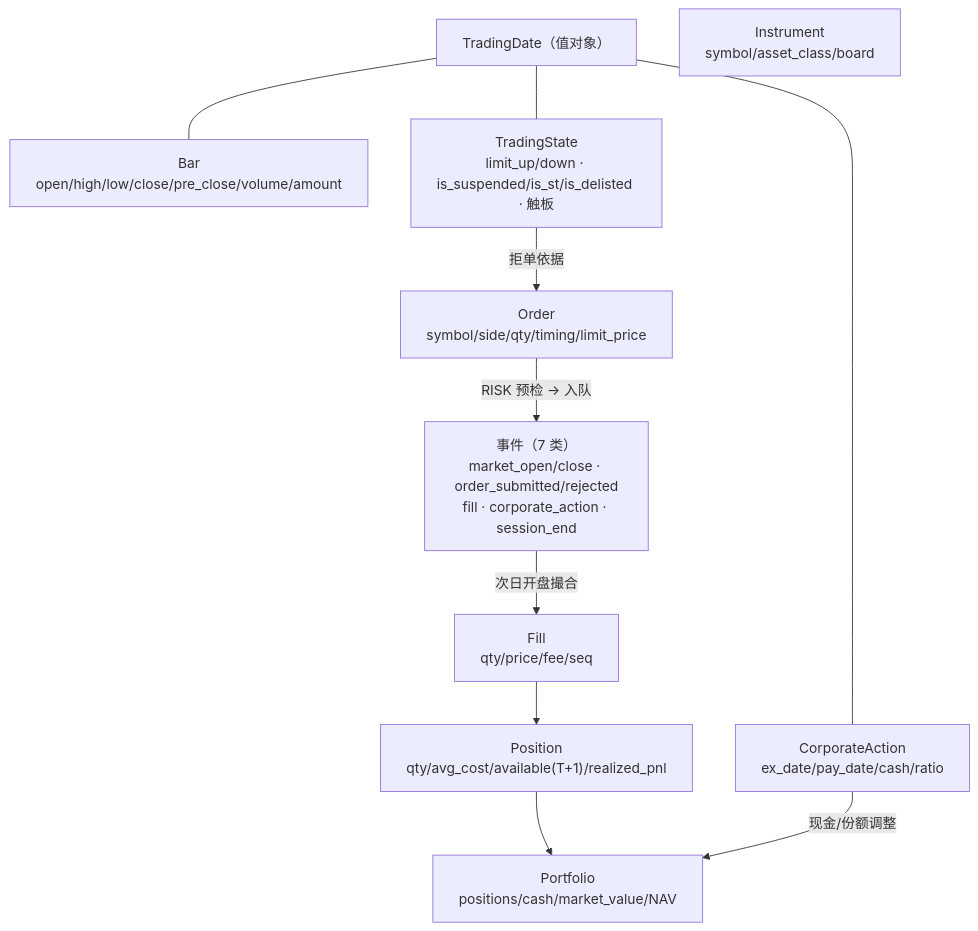
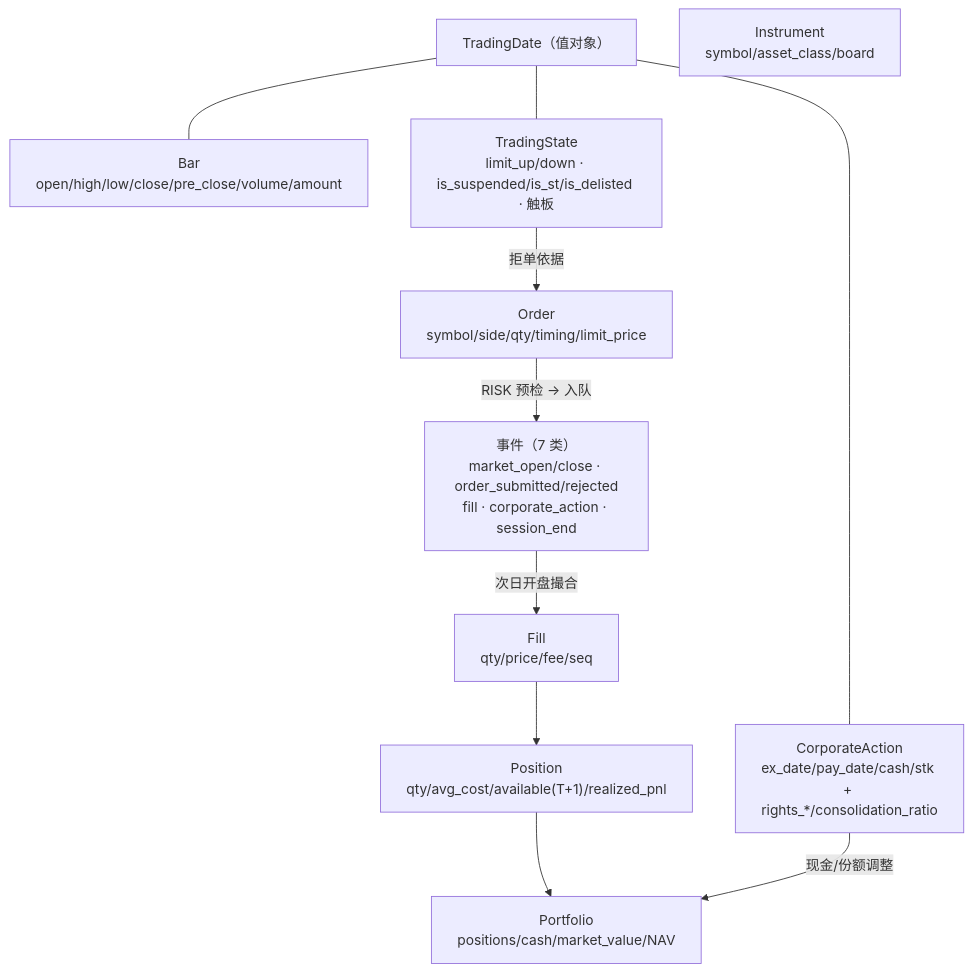
One commit to 1716250001/quant-strategy-infrastructure changed the diagram in 代码架构/回测工具架构/04-领域模型与核心接口.md. Above: the diagram before and after it, drawn with Mermaid. The commit also changed other lines of this file and 130 other files, not shown here.

````diff
--- a/代码架构/回测工具架构/04-领域模型与核心接口.md
+++ b/代码架构/回测工具架构/04-领域模型与核心接口.md
@@ -12,22 +12,22 @@
 ```mermaid
 flowchart TB
     TD["TradingDate（值对象）"]
     INS["Instrument<br/>symbol/asset_class/board"]
     BAR["Bar<br/>open/high/low/close/pre_close/volume/amount"]
     TS["TradingState<br/>limit_up/down · is_suspended/is_st/is_delisted · 触板"]
-    ACT["CorporateAction<br/>ex_date/pay_date/cash/ratio"]
+    ACT["CorporateAction<br/>ex_date/pay_date/cash/stk + rights_*/consolidation_ratio"]
     ORD["Order<br/>symbol/side/qty/timing/limit_price"]
     FIL["Fill<br/>qty/price/fee/seq"]
     POS["Position<br/>qty/avg_cost/available(T+1)/realized_pnl"]
     PF["Portfolio<br/>positions/cash/market_value/NAV"]
     EV["事件（7 类）<br/>market_open/close · order_submitted/rejected<br/>fill · corporate_action · session_end"]
     ORD -->|RISK 预检 → 入队| EV
     EV -->|次日开盘撮合| FIL
     FIL --> POS
     POS --> PF
     TD --- BAR
     TD --- TS
     TD --- ACT
     TS -->|拒单依据| ORD
     ACT -->|现金/份额调整| PF
 ```
````
